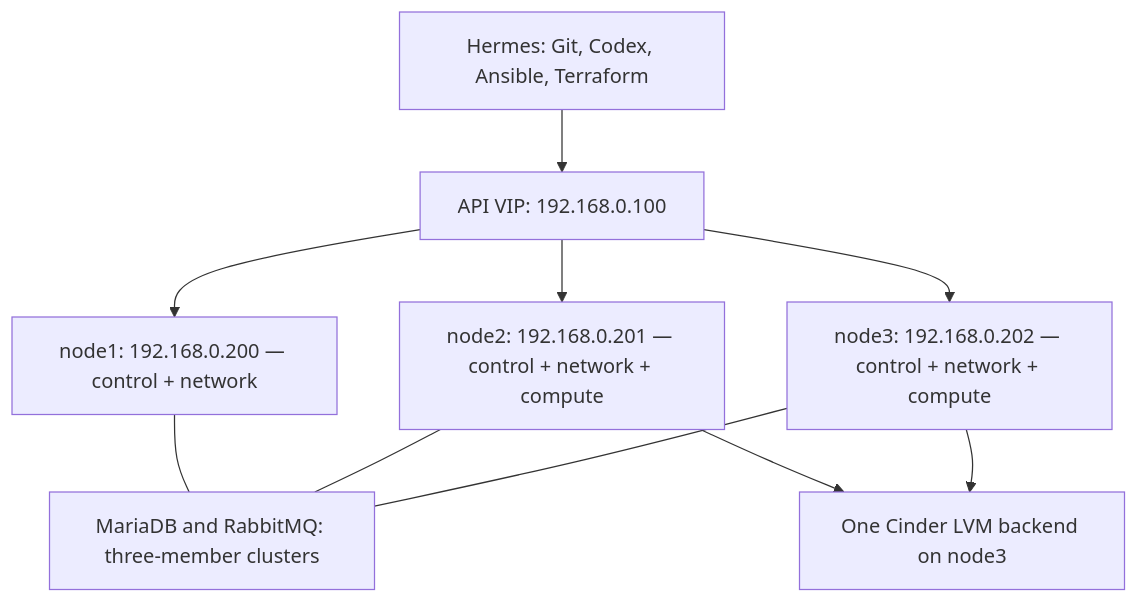
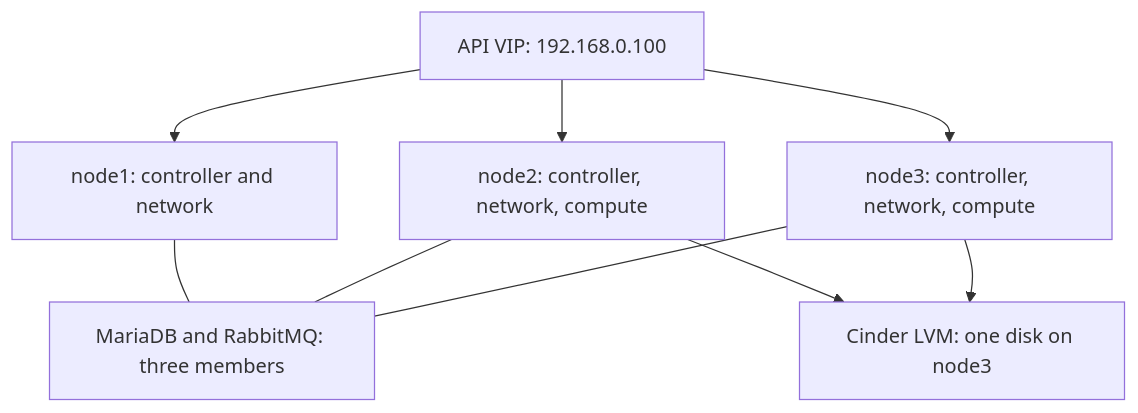
Before and after one commit to DinosaurKeys/openstack-iac-lab: the diagram in README.md, drawn with Mermaid. The commit also changed other lines of this file and 5 other files, not shown here.

````diff
--- a/README.md
+++ b/README.md
@@ -240,12 +47,11 @@
 ```mermaid
 flowchart TD
-    H["Hermes: Git, Codex, Ansible, Terraform"] --> V["API VIP: 192.168.0.100"]
-    V --> A["node1: 192.168.0.200 — control + network"]
-    V --> B["node2: 192.168.0.201 — control + network + compute"]
-    V --> C["node3: 192.168.0.202 — control + network + compute"]
-    A --- Q["MariaDB and RabbitMQ: three-member clusters"]
+    V["API VIP: 192.168.0.100"] --> A["node1: controller and network"]
+    V --> B["node2: controller, network, compute"]
+    V --> C["node3: controller, network, compute"]
+    A --- Q["MariaDB and RabbitMQ: three members"]
     B --- Q
     C --- Q
-    B --> S["One Cinder LVM backend on node3"]
+    B --> S["Cinder LVM: one disk on node3"]
     C --> S
 ```
````
